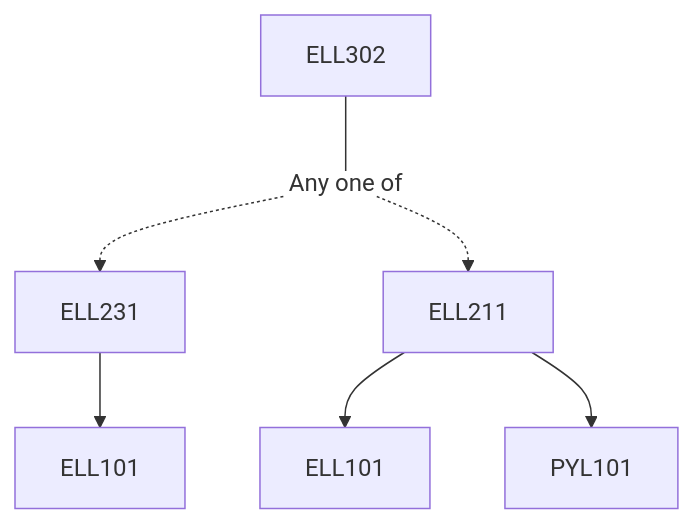
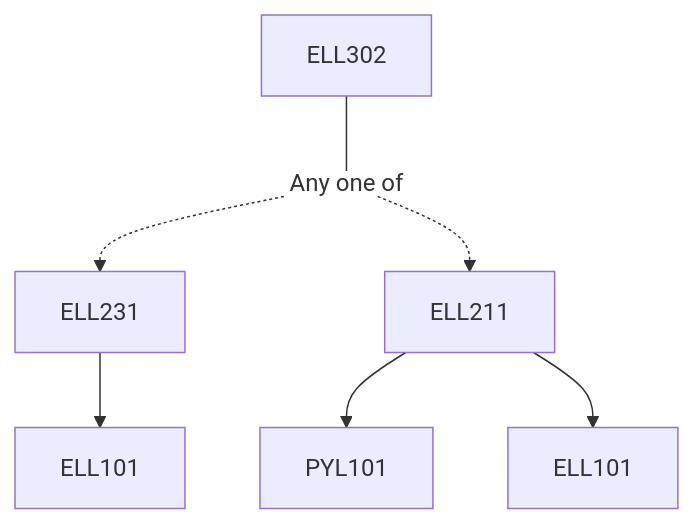
The diagram in content/Electrical Engineering/ELL302.md (KeshavBansal0122/CoS_Website), drawn with Mermaid before and after one commit. The commit also changed other lines of this file and 392 other files, not shown here.

````diff
--- a/content/Electrical Engineering/ELL302.md
+++ b/content/Electrical Engineering/ELL302.md
@@ -21,13 +21,13 @@
 ```mermaid
 flowchart TD
 ELL302-1396[ELL302]
 ELL302-1396 --- Or1397[Any one of]:::empty
 ELL231-1398 --> ELL101-1398[ELL101]
 Or1397 -.-> ELL231-1398[ELL231]
-ELL211-1399 --> ELL101-1399[ELL101]
 ELL211-1399 --> PYL101-1399[PYL101]
 Or1397 -.-> ELL211-1399[ELL211]
+ELL211-1399 --> ELL101-1399[ELL101]
 
 classDef empty height:17px, fill:transparent, stroke:transparent;
 classDef trueEmpty height:0px, width:0px;
 ```
````
